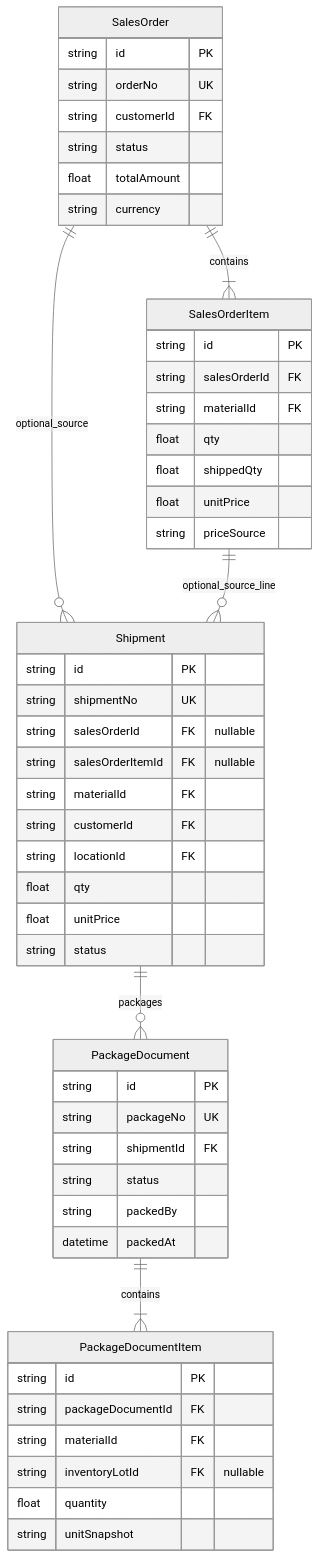
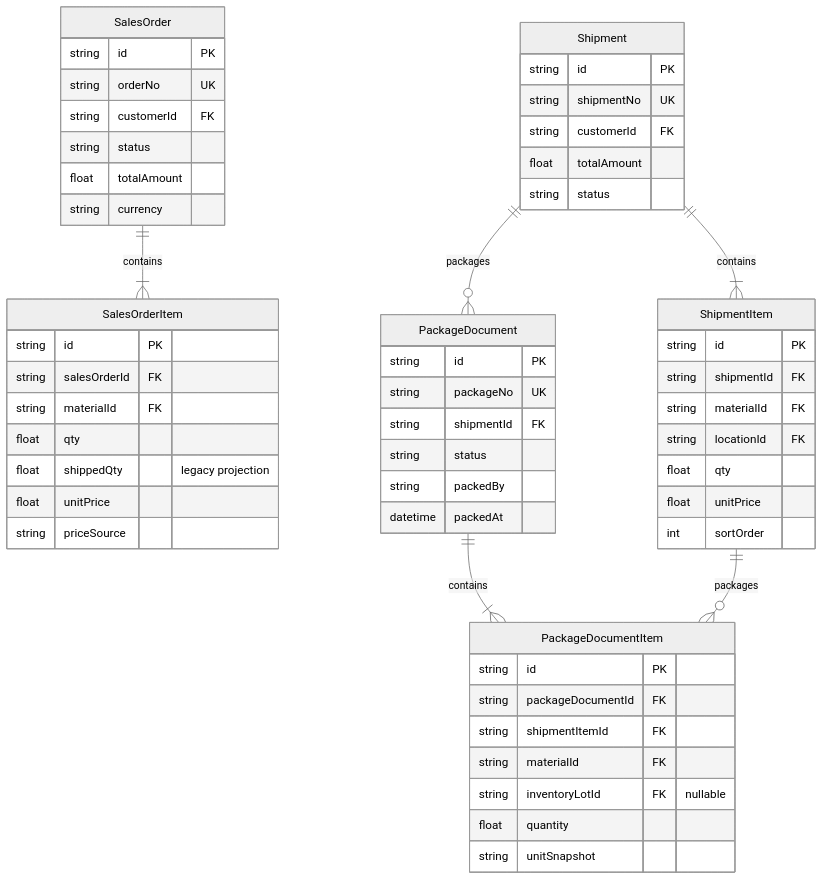
Before and after one commit to goldf2/mes-lite: the second of 2 diagrams in docs/architecture/数据库结构.md, drawn with Mermaid (neutral theme). The commit also changed other lines of this file and 122 other files, not shown here.

Commit message:
feat: decouple sales orders and multi-item shipments

````diff
--- a/docs/architecture/数据库结构.md
+++ b/docs/architecture/数据库结构.md
@@ -163,53 +163,58 @@
 ```mermaid
 erDiagram
   SalesOrder {
     string id PK
     string orderNo UK
     string customerId FK
     string status
     float totalAmount
     string currency
   }
   SalesOrderItem {
     string id PK
     string salesOrderId FK
     string materialId FK
     float qty
-    float shippedQty
+    float shippedQty "legacy projection"
     float unitPrice
     string priceSource
   }
   Shipment {
     string id PK
     string shipmentNo UK
-    string salesOrderId FK "nullable"
-    string salesOrderItemId FK "nullable"
+    string customerId FK
+    float totalAmount
+    string status
+  }
+  ShipmentItem {
+    string id PK
+    string shipmentId FK
     string materialId FK
-    string customerId FK
     string locationId FK
     float qty
     float unitPrice
-    string status
+    int sortOrder
   }
   PackageDocument {
     string id PK
     string packageNo UK
     string shipmentId FK
     string status
     string packedBy
     datetime packedAt
   }
   PackageDocumentItem {
     string id PK
     string packageDocumentId FK
+    string shipmentItemId FK
     string materialId FK
     string inventoryLotId FK "nullable"
     float quantity
     string unitSnapshot
   }
   SalesOrder ||--|{ SalesOrderItem : contains
-  SalesOrder ||--o{ Shipment : optional_source
-  SalesOrderItem ||--o{ Shipment : optional_source_line
+  Shipment ||--|{ ShipmentItem : contains
   Shipment ||--o{ PackageDocument : packages
   PackageDocument ||--|{ PackageDocumentItem : contains
+  ShipmentItem ||--o{ PackageDocumentItem : packages
 ```
````
